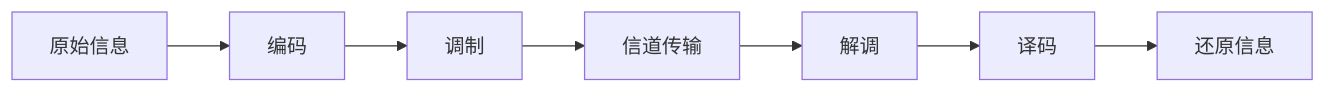
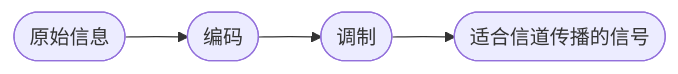
Before and after one commit to 74262195/system-architect-notes: the second of 6 diagrams in 01_综合知识/01_计算机基础知识/03_计算机网络/数据通信与交换技术.md, drawn with Mermaid. The commit also changed other lines of this file and 21 other files, not shown here.

````diff
--- a/01_综合知识/01_计算机基础知识/03_计算机网络/数据通信与交换技术.md
+++ b/01_综合知识/01_计算机基础知识/03_计算机网络/数据通信与交换技术.md
@@ -65,9 +77,6 @@
 ```mermaid
 flowchart LR
-    A[原始信息] --> B[编码]
-    B --> C[调制]
-    C --> D[信道传输]
-    D --> E[解调]
-    E --> F[译码]
-    F --> G[还原信息]
+    A([原始信息]) --> B([编码])
+    B --> C([调制])
+    C --> D([适合信道传播的信号])
 ```
````
